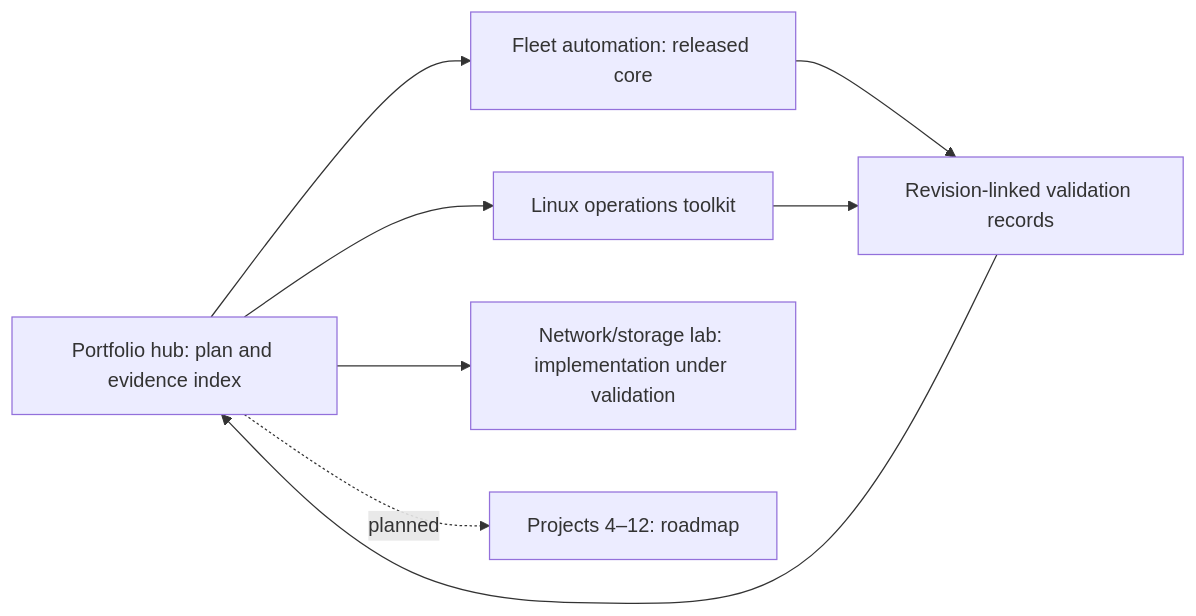
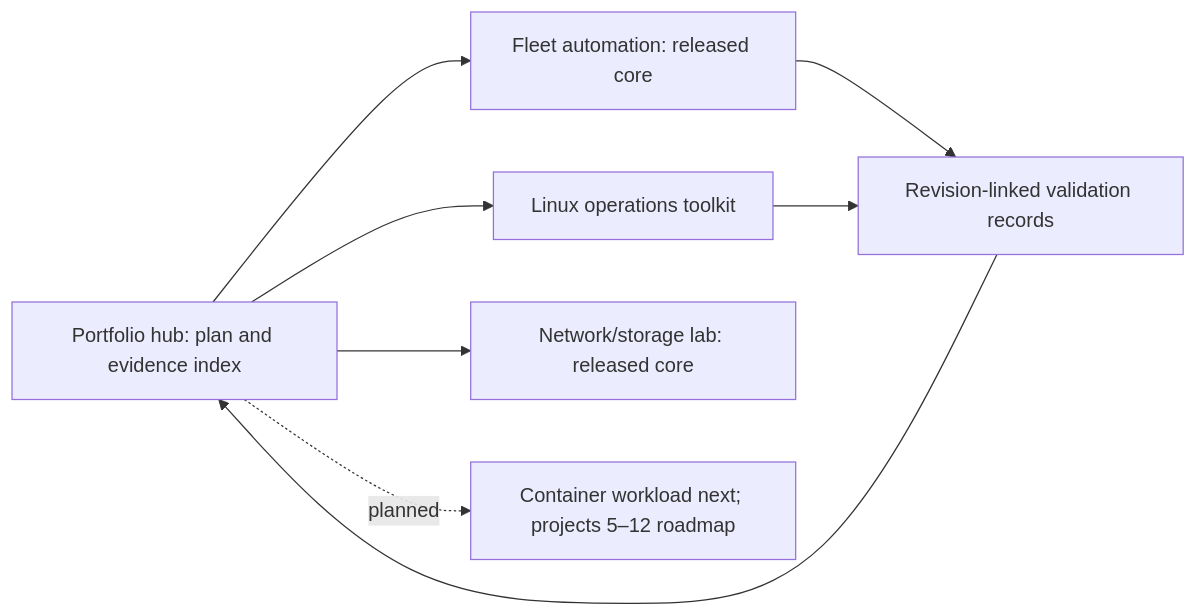
One commit to Yash-PK/ops-linux-devops-portfolio changed the diagram in README.md. Above: the diagram before and after it, drawn with Mermaid. The commit also changed other lines of this file and 8 other files, not shown here.

Commit message:
Record released network storage core and activate container platform milestone

````diff
--- a/README.md
+++ b/README.md
@@ -57,16 +58,16 @@
 ```mermaid
 flowchart LR
     Hub[Portfolio hub: plan and evidence index]
     Toolkit[Linux operations toolkit]
     Fleet[Fleet automation: released core]
-    Network[Network/storage lab: implementation under validation]
-    Future[Projects 4–12: roadmap]
+    Network[Network/storage lab: released core]
+    Future[Container workload next; projects 5–12 roadmap]
     Evidence[Revision-linked validation records]
     Hub --> Toolkit
     Hub --> Fleet
     Hub --> Network
     Fleet --> Evidence
     Hub -. planned .-> Future
     Toolkit --> Evidence
     Evidence --> Hub
 ```
````
